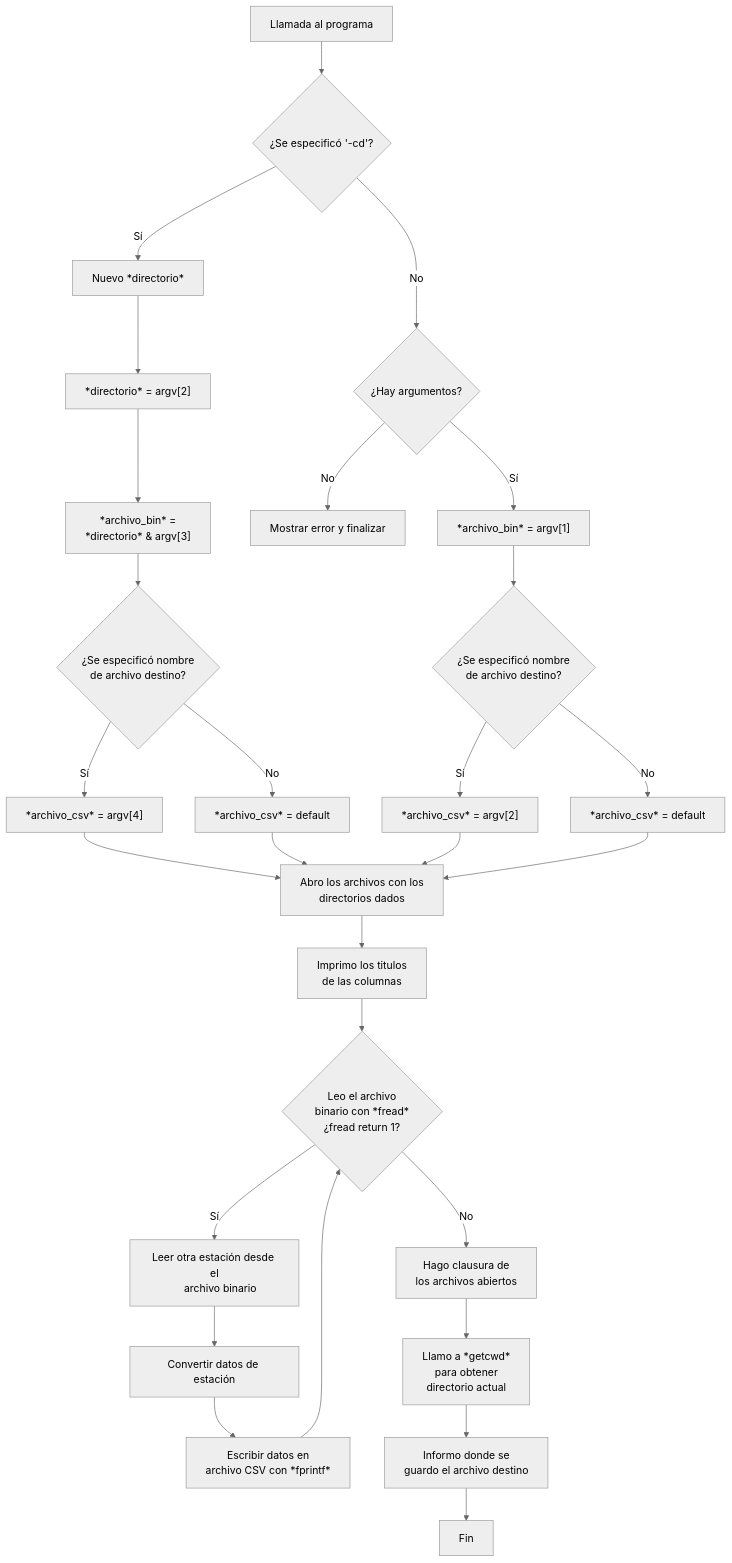
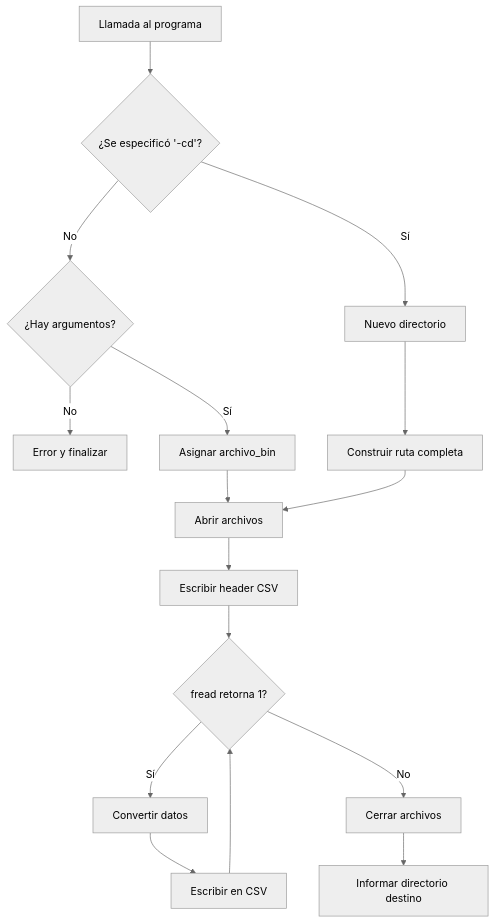
The diagram in README.md (ascatena/C-Binary-Data-Parser), drawn with Mermaid (neutral theme) before and after one commit. The commit also changed other lines of this file, not shown here.

````diff
--- a/README.md
+++ b/README.md
@@ -271,42 +184,18 @@
 ```mermaid
 flowchart TD
     A[Llamada al programa] --> B{¿Se especificó '-cd'?}
-    B -- Sí --> C[Nuevo *directorio*]
+    B -- Sí --> C[Nuevo directorio]
     B -- No --> D{¿Hay argumentos?}
-     C --> Dir["*directorio* = argv[2]"] --> Bin["*archivo_bin* =
-    *directorio* & argv[3]"]
-    Bin --> argv{"¿Se especificó nombre
-    de archivo destino?"}
-    argv -- Sí--> csv1["*archivo_csv* = argv[4]"]
-    argv -- No --> csv11["*archivo_csv* = default"]
-    D -- No --> E[Mostrar error y finalizar]
-    D -- Sí --> F["*archivo_bin* = argv[1]"]
-    F--> argv2{"¿Se especificó nombre
-    de archivo destino?"}
-    argv2 -- Sí--> csv2["*archivo_csv* = argv[2]"]
-    argv2 -- No --> csv21["*archivo_csv* = default"]
-    csv1 -->Leer["Abro los archivos con los
-     directorios dados"]
-    csv11 -->Leer
-    csv2 -->Leer
-    csv21 -->Leer
-    Leer --> Header["Imprimo los titulos
-     de las columnas"]
-     Header --> Bw{Leo el archivo
-     binario con *fread*
-     ¿fread return 1?}
-    Bw -- "Sí" --> Cw[Leer otra estación desde el
-    archivo binario]
-    Cw --> Dw[Convertir datos de estación]
-    Dw -->  Gw[Escribir datos en
-    archivo CSV con *fprintf*]
-    Gw --> Bw
-    Bw -- "No" --> Hw[Hago clausura de
-    los archivos abiertos]
-    Hw--> cwd["Llamo a *getcwd*
-    para obtener
-     directorio actual"]
-    cwd-->info[Informo donde se
-    guardo el archivo destino]
-    info-->Fin
+    D -- No --> E[Error y finalizar]
+    D -- Sí --> F[Asignar archivo_bin]
+    C --> G[Construir ruta completa]
+    F --> H[Abrir archivos]
+    G --> H
+    H --> I[Escribir header CSV]
+    I --> J{fread retorna 1?}
+    J -- Sí --> K[Convertir datos]
+    K --> L[Escribir en CSV]
+    L --> J
+    J -- No --> M[Cerrar archivos]
+    M --> N[Informar directorio destino]
 ```
````
